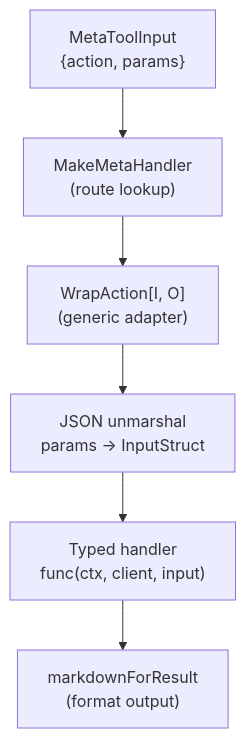
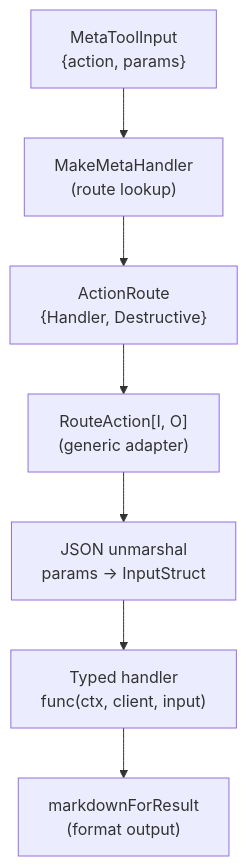
One commit to jmrplens/gitlab-mcp-server changed the fifth of 9 diagrams in docs/architecture.md. Above: the diagram before and after it, drawn with Mermaid. The commit also changed other lines of this file and 72 other files, not shown here.

First line of the commit message:
feat(tools): metadata-driven destructive action detection (#22)

````diff
--- a/docs/architecture.md
+++ b/docs/architecture.md
@@ -371,8 +371,9 @@
 ```mermaid
 graph TD
     REQ["MetaToolInput<br/>{action, params}"] --> DISPATCH["MakeMetaHandler<br/>(route lookup)"]
-    DISPATCH --> WRAP["WrapAction[I, O]<br/>(generic adapter)"]
+    DISPATCH --> ROUTE["ActionRoute<br/>{Handler, Destructive}"]
+    ROUTE --> WRAP["RouteAction[I, O]<br/>(generic adapter)"]
     WRAP --> UNMARSHAL["JSON unmarshal<br/>params → InputStruct"]
     UNMARSHAL --> HANDLER["Typed handler<br/>func(ctx, client, input)"]
     HANDLER --> MARKDOWN["markdownForResult<br/>(format output)"]
 ```
````
